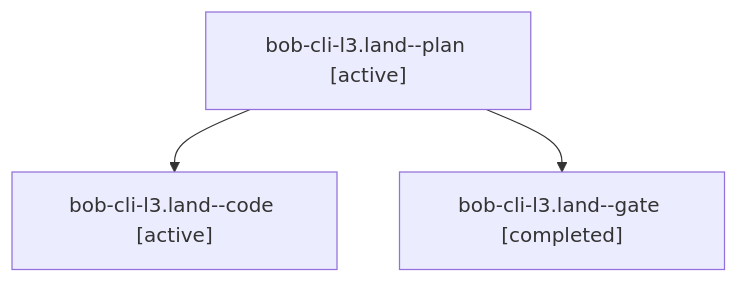
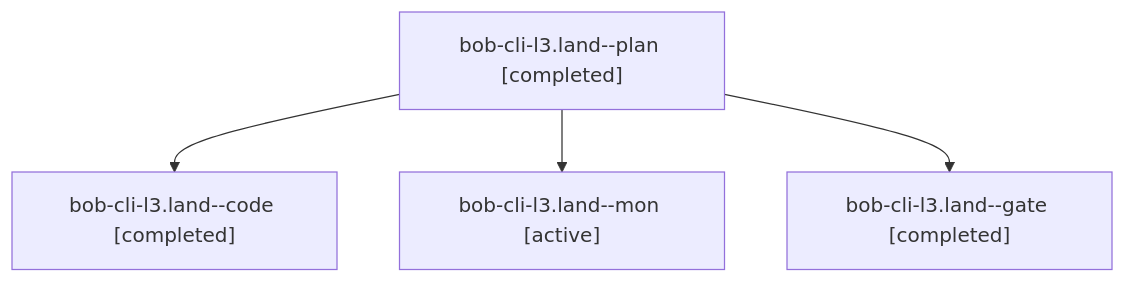
Before and after one commit to bobs-org/bob-cli--agents: the diagram in sessions/bbugyi200.apollo.bob-cli-l3.land.md, drawn with Mermaid. The commit also changed other lines of this file and 22 other files, not shown here.

````diff
--- a/sessions/bbugyi200.apollo.bob-cli-l3.land.md
+++ b/sessions/bbugyi200.apollo.bob-cli-l3.land.md
@@ -9,8 +9,10 @@
 ```mermaid
 flowchart TD
-  n0["bob-cli-l3.land--plan [active]"]
-  n1["bob-cli-l3.land--code [active]"]
+  n0["bob-cli-l3.land--plan [completed]"]
+  n1["bob-cli-l3.land--code [completed]"]
   n0 --> n1
-  n2["bob-cli-l3.land--gate [completed]"]
+  n2["bob-cli-l3.land--mon [active]"]
   n0 --> n2
+  n3["bob-cli-l3.land--gate [completed]"]
+  n0 --> n3
 ```
````
